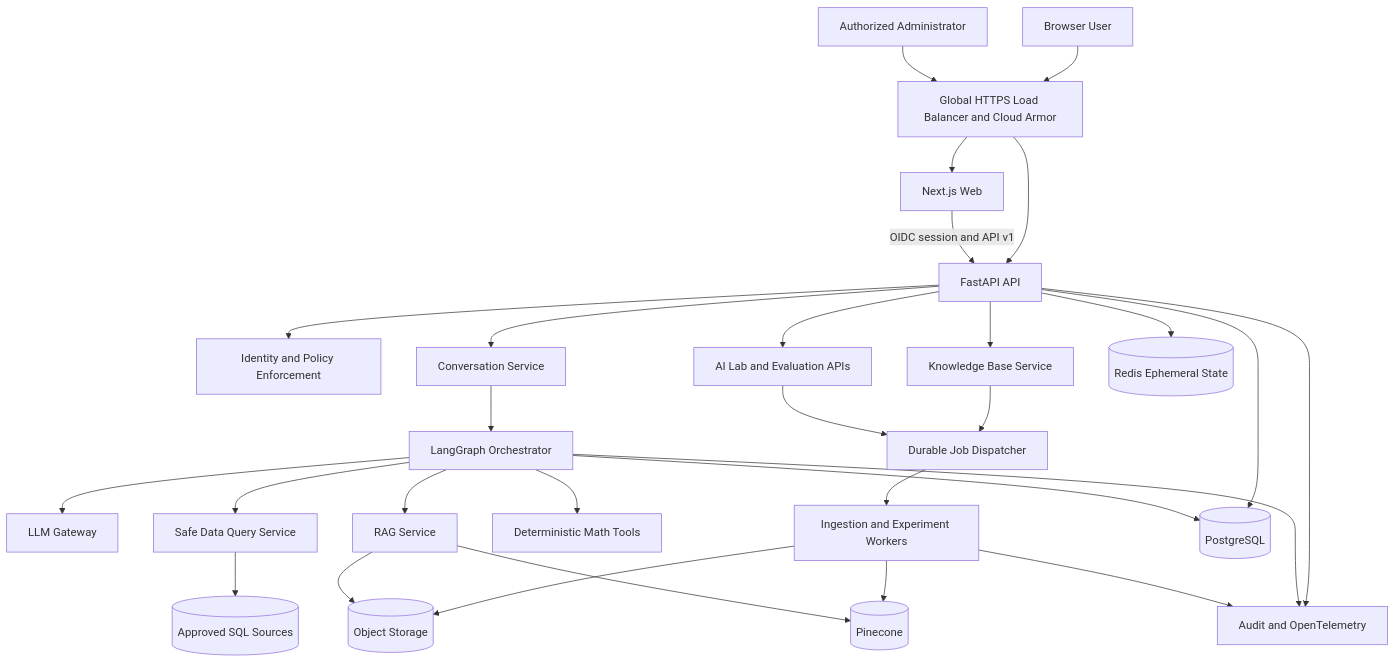
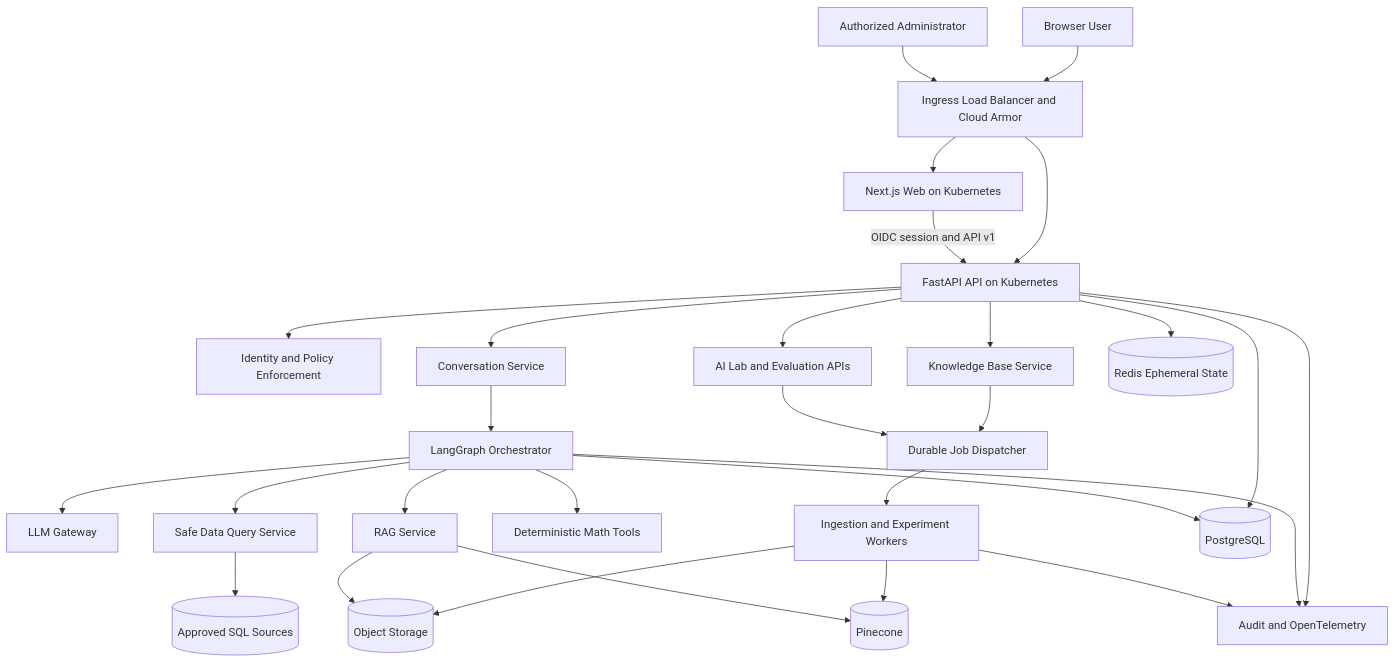
Before and after one commit to MuzammilAhmedBhatti/Dynamic-Agentic-Bot: the first of 8 diagrams in docs/Architecture.md, drawn with Mermaid. The commit also changed other lines of this file and 59 other files, not shown here.

````diff
--- a/docs/Architecture.md
+++ b/docs/Architecture.md
@@ -15,31 +15,31 @@
 ```mermaid
 flowchart TB
-  User[Browser User] --> Edge[Global HTTPS Load Balancer and Cloud Armor]
+  User[Browser User] --> Edge[Ingress Load Balancer and Cloud Armor]
   Admin[Authorized Administrator] --> Edge
-  Edge --> Web[Next.js Web]
-  Edge --> API[FastAPI API]
+  Edge --> Web[Next.js Web on Kubernetes]
+  Edge --> API[FastAPI API on Kubernetes]
   Web -->|OIDC session and API v1| API
   API --> Authz[Identity and Policy Enforcement]
   API --> Chat[Conversation Service]
   API --> KB[Knowledge Base Service]
   API --> Lab[AI Lab and Evaluation APIs]
   Chat --> Graph[LangGraph Orchestrator]
   Graph --> LLM[LLM Gateway]
   Graph --> RAG[RAG Service]
   Graph --> Data[Safe Data Query Service]
   Graph --> Math[Deterministic Math Tools]
   KB --> Jobs[Durable Job Dispatcher]
   Lab --> Jobs
   Jobs --> Workers[Ingestion and Experiment Workers]
   API --> PG[(PostgreSQL)]
   Graph --> PG
   API --> Redis[(Redis Ephemeral State)]
   Workers --> Objects[(Object Storage)]
   Workers --> Pinecone[(Pinecone)]
   RAG --> Pinecone
   RAG --> Objects
   Data --> Sources[(Approved SQL Sources)]
   API --> Telemetry[Audit and OpenTelemetry]
   Graph --> Telemetry
   Workers --> Telemetry
 ```
````
